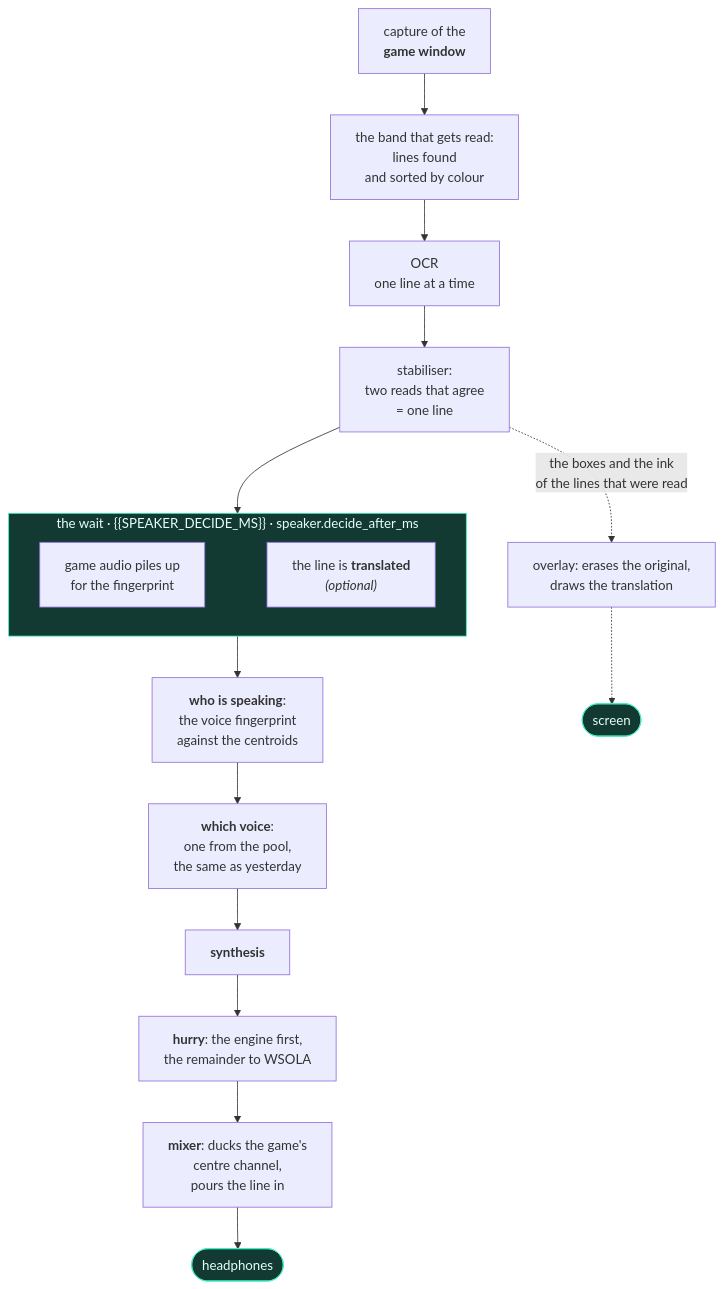
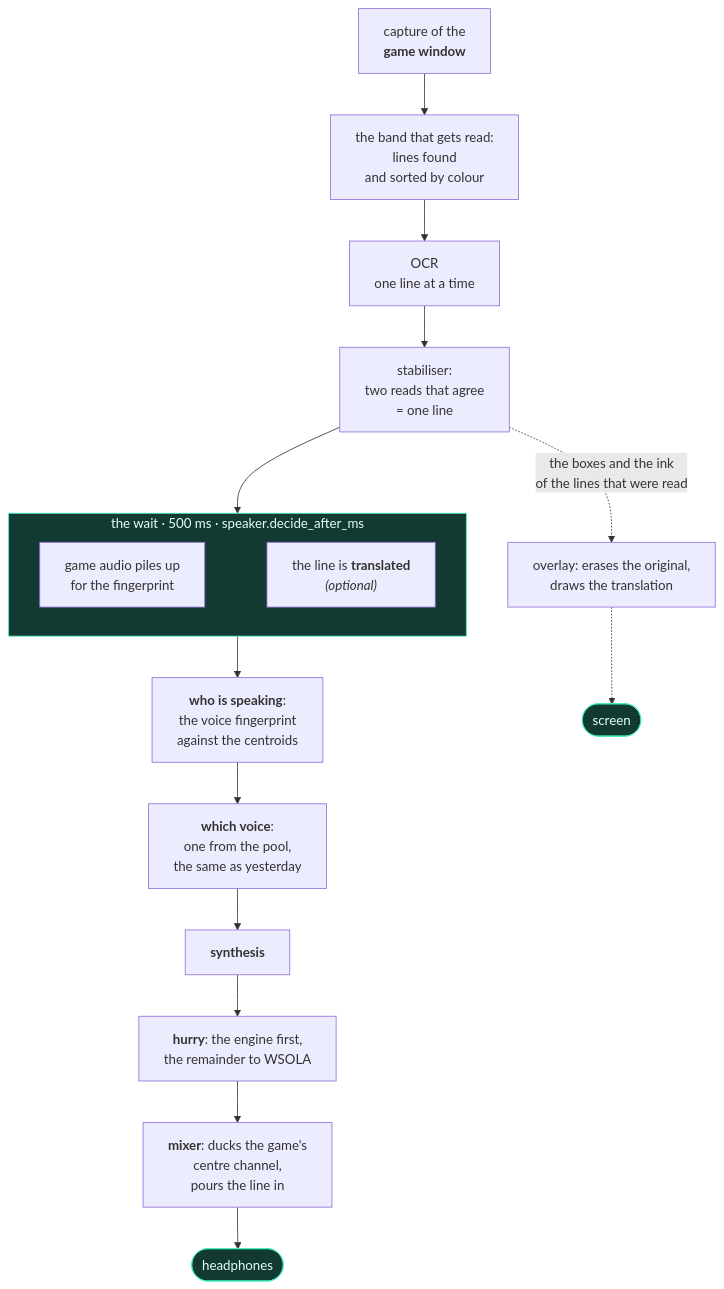
Before and after one commit to pigro141/livedub: the diagram in README.md, drawn with Mermaid. The commit also changed other lines of this file and 2 other files, not shown here.

````diff
--- a/README.md
+++ b/README.md
@@ -131,26 +139,26 @@
 ```mermaid
 flowchart TD
-    subgraph W["the wait · {{SPEAKER_DECIDE_MS}} · speaker.decide_after_ms"]
+    subgraph W["the wait · 500 ms · speaker.decide_after_ms"]
       direction LR
       W1["game audio piles up<br/>for the fingerprint"]
       W2["the line is <b>translated</b><br/><i>(optional)</i>"]
       W1 ~~~ W2
     end
 
     A["capture of the<br/><b>game window</b>"] --> B["the band that gets read:<br/>lines found<br/>and sorted by colour"]
     B --> C["OCR<br/>one line at a time"]
     C --> D["stabiliser:<br/>two reads that agree<br/>= one line"]
     D --> W
     W --> E["<b>who is speaking</b>:<br/>the voice fingerprint<br/>against the centroids"]
     E --> F["<b>which voice</b>:<br/>one from the pool,<br/>the same as yesterday"]
     F --> G["<b>synthesis</b>"]
     G --> H["<b>hurry</b>: the engine first,<br/>the remainder to WSOLA"]
     H --> I["<b>mixer</b>: ducks the game's<br/>centre channel,<br/>pours the line in"]
     I --> J(["headphones"])
     D -.->|"the boxes and the ink<br/>of the lines that were read"| K["overlay: erases the original,<br/>draws the translation"]
     K -.-> L(["screen"])
 
     style W fill:#123a33,stroke:#43f1c1,color:#e6fff8
     style J fill:#123a33,stroke:#43f1c1,color:#e6fff8
     style L fill:#123a33,stroke:#43f1c1,color:#e6fff8
 ```
````
